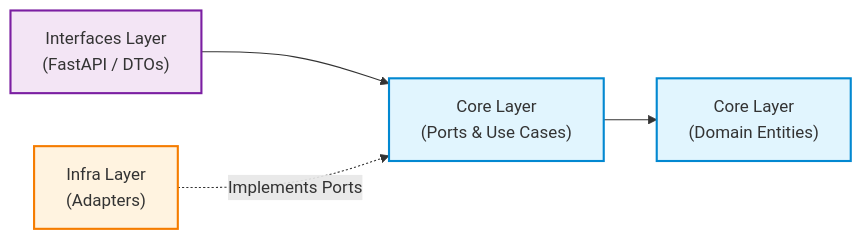
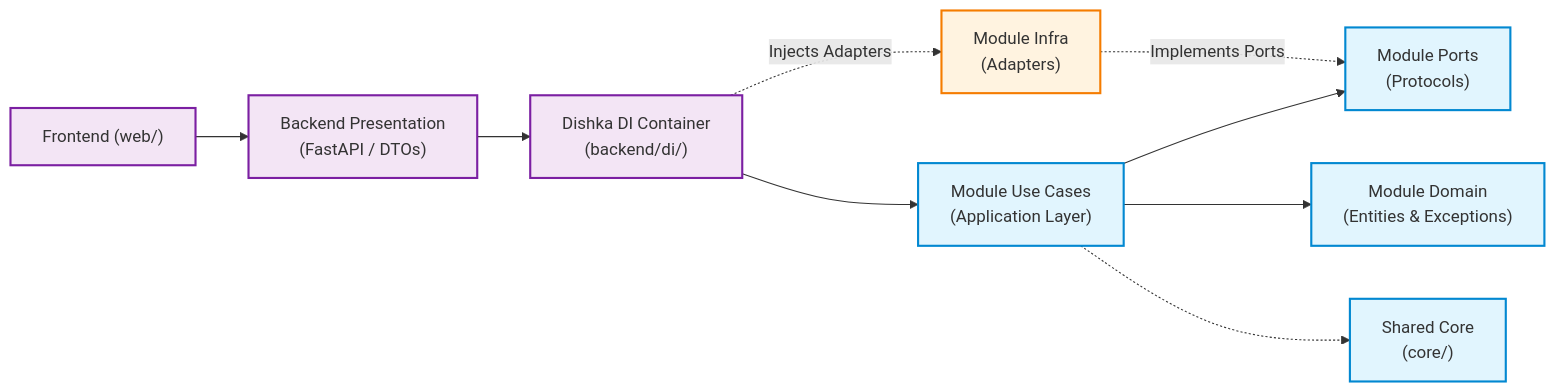
The diagram in docs/clean-architecture.md (DUT-MAKER/video-rag), drawn with Mermaid before and after one commit. The commit also changed other lines of this file and 6 other files, not shown here.

First line of the commit message:
docs: update Clean Architecture and system architecture documentation

````diff
--- a/docs/clean-architecture.md
+++ b/docs/clean-architecture.md
@@ -77,19 +106,19 @@
 ```mermaid
 flowchart LR
-    Interfaces["Interfaces Layer<br/>(FastAPI / DTOs)"]
-    Infra["Infra Layer<br/>(Adapters)"]
-    CoreApp["Core Layer<br/>(Ports & Use Cases)"]
-    CoreDomain["Core Layer<br/>(Domain Entities)"]
-
-    Interfaces --> CoreApp
-    Infra -.->|Implements Ports| CoreApp
-    CoreApp --> CoreDomain
+    Web["Frontend (web/)"] --> Presentation["Backend Presentation<br/>(FastAPI / DTOs)"]
+    Presentation --> DI["Dishka DI Container<br/>(backend/di/)"]
+    DI --> UseCase["Module Use Cases<br/>(Application Layer)"]
+    DI -.->|Injects Adapters| Infra["Module Infra<br/>(Adapters)"]
+    Infra -.->|Implements Ports| Ports["Module Ports<br/>(Protocols)"]
+    UseCase --> Ports
+    UseCase --> Domain["Module Domain<br/>(Entities & Exceptions)"]
+    UseCase -.-> SharedCore["Shared Core<br/>(core/)"]
 
     classDef core fill:#e1f5fe,stroke:#0288d1,stroke-width:2px;
     classDef infra fill:#fff3e0,stroke:#f57c00,stroke-width:2px;
     classDef outer fill:#f3e5f5,stroke:#7b1fa2,stroke-width:2px;
 
-    class CoreApp,CoreDomain core;
+    class Domain,Ports,UseCase,SharedCore core;
     class Infra infra;
-    class Interfaces outer;
+    class Presentation,Web,DI outer;
 ```
````
